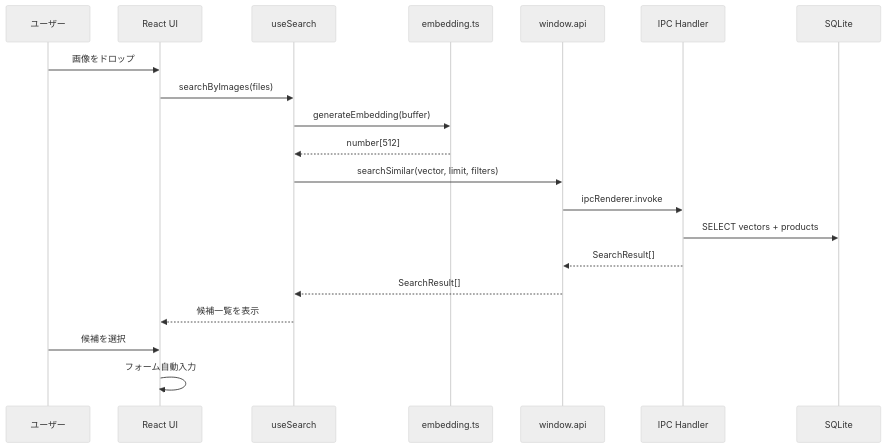
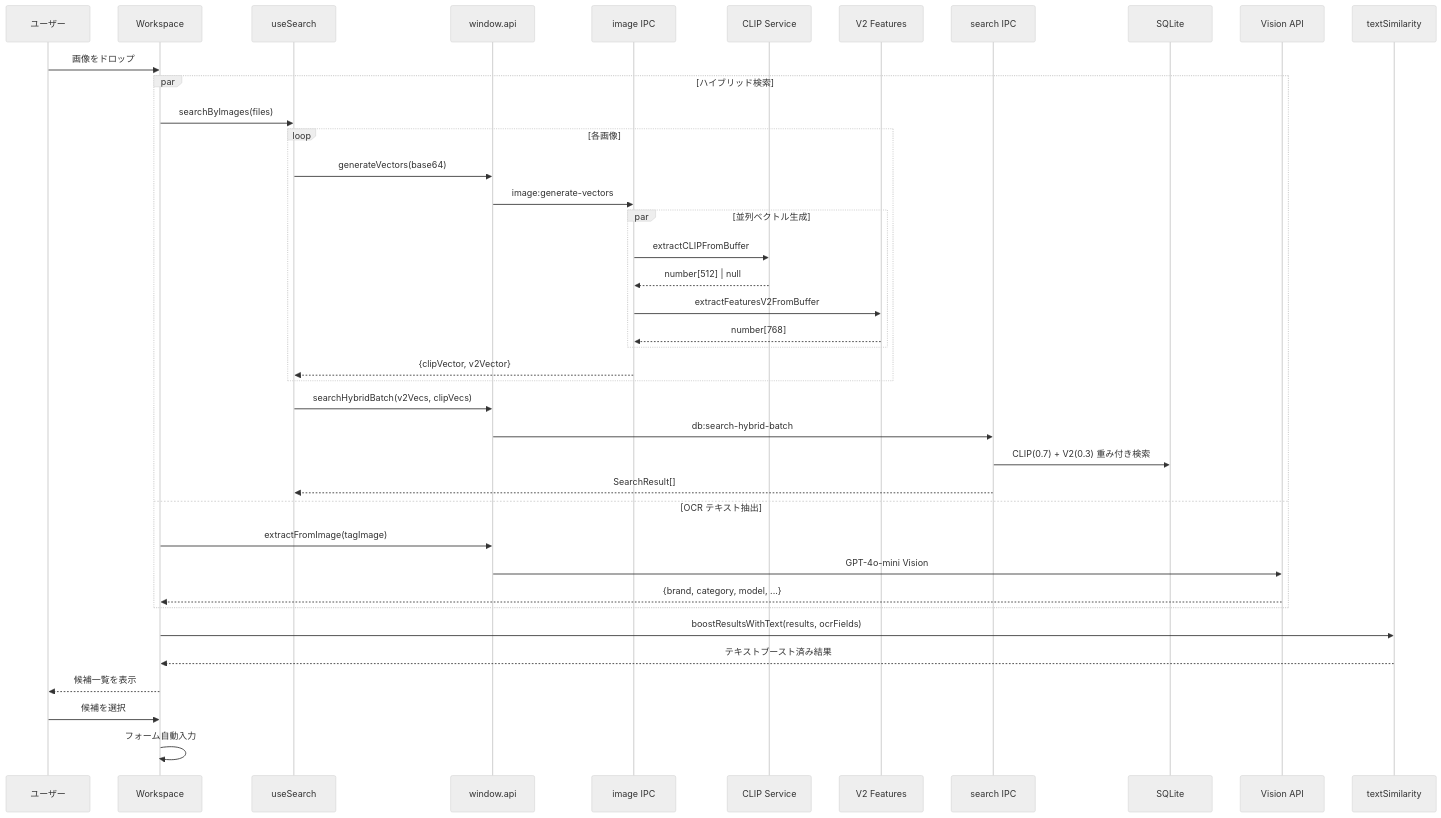
One commit to oimos/SSImageSearch changed the second of 9 diagrams in ARCHITECTURE.md. Above: the diagram before and after it, drawn with Mermaid (neutral theme). The commit also changed other lines of this file and 5 other files, not shown here.

First line of the commit message:
docs: ARCHITECTUREドキュメントをハイブリッド検索・テキストブースト仕様に更新

````diff
--- a/ARCHITECTURE.md
+++ b/ARCHITECTURE.md
@@ -180,23 +186,46 @@
 ```mermaid
 sequenceDiagram
     participant User as ユーザー
-    participant UI as React UI
+    participant UI as Workspace
     participant Hook as useSearch
-    participant Embed as embedding.ts
     participant API as window.api
-    participant IPC as IPC Handler
+    participant ImgIPC as image IPC
+    participant CLIP as CLIP Service
+    participant V2 as V2 Features
+    participant SearchIPC as search IPC
     participant DB as SQLite
+    participant Vision as Vision API
+    participant TextSim as textSimilarity
 
     User->>UI: 画像をドロップ
-    UI->>Hook: searchByImages(files)
-    Hook->>Embed: generateEmbedding(buffer)
-    Embed-->>Hook: number[512]
-    Hook->>API: searchSimilar(vector, limit, filters)
-    API->>IPC: ipcRenderer.invoke
-    IPC->>DB: SELECT vectors + products
-    IPC-->>API: SearchResult[]
-    API-->>Hook: SearchResult[]
-    Hook-->>UI: 候補一覧を表示
+
+    par ハイブリッド検索
+        UI->>Hook: searchByImages(files)
+        loop 各画像
+            Hook->>API: generateVectors(base64)
+            API->>ImgIPC: image:generate-vectors
+            par 並列ベクトル生成
+                ImgIPC->>CLIP: extractCLIPFromBuffer
+                CLIP-->>ImgIPC: number[512] | null
+                ImgIPC->>V2: extractFeaturesV2FromBuffer
+                V2-->>ImgIPC: number[768]
+            end
+            ImgIPC-->>Hook: {clipVector, v2Vector}
+        end
+        Hook->>API: searchHybridBatch(v2Vecs, clipVecs)
+        API->>SearchIPC: db:search-hybrid-batch
+        SearchIPC->>DB: CLIP(0.7) + V2(0.3) 重み付き検索
+        SearchIPC-->>Hook: SearchResult[]
+    and OCR テキスト抽出
+        UI->>API: extractFromImage(tagImage)
+        API->>Vision: GPT-4o-mini Vision
+        Vision-->>UI: {brand, category, model, ...}
+    end
+
+    UI->>TextSim: boostResultsWithText(results, ocrFields)
+    TextSim-->>UI: テキストブースト済み結果
+
+    UI-->>User: 候補一覧を表示
     User->>UI: 候補を選択
     UI->>UI: フォーム自動入力
 ```
````
